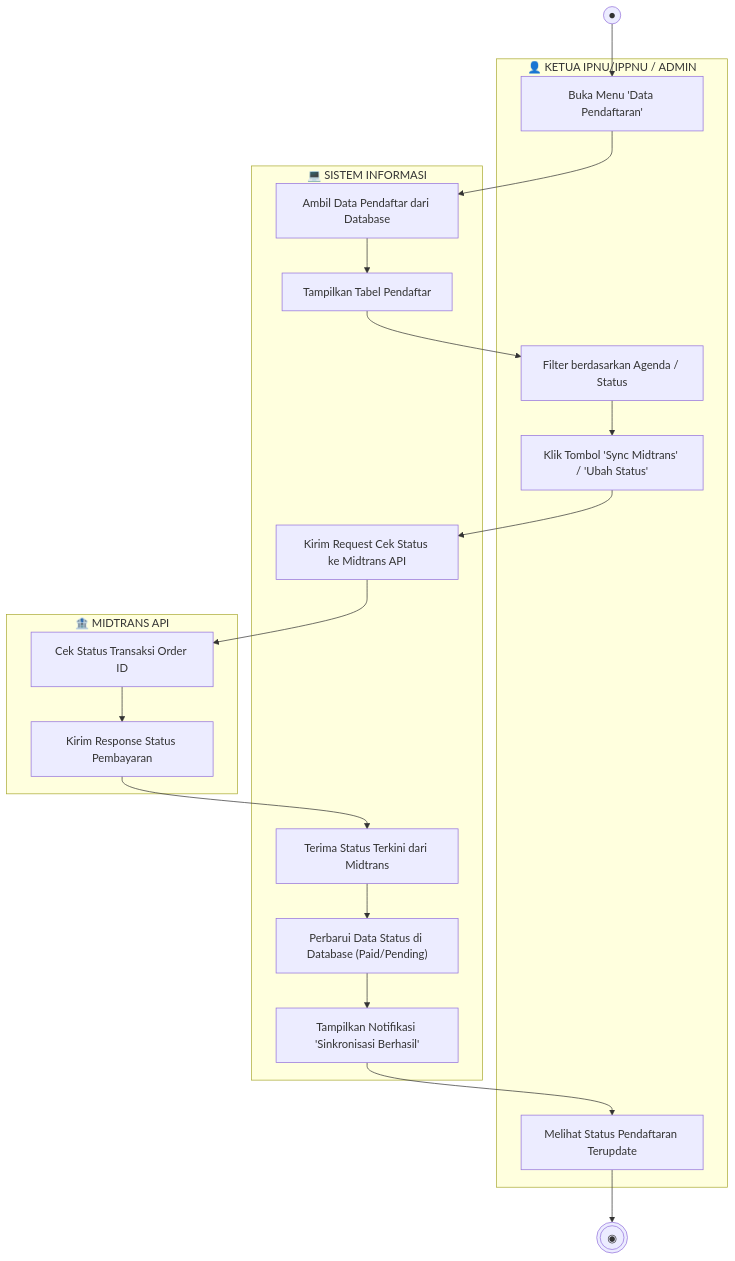
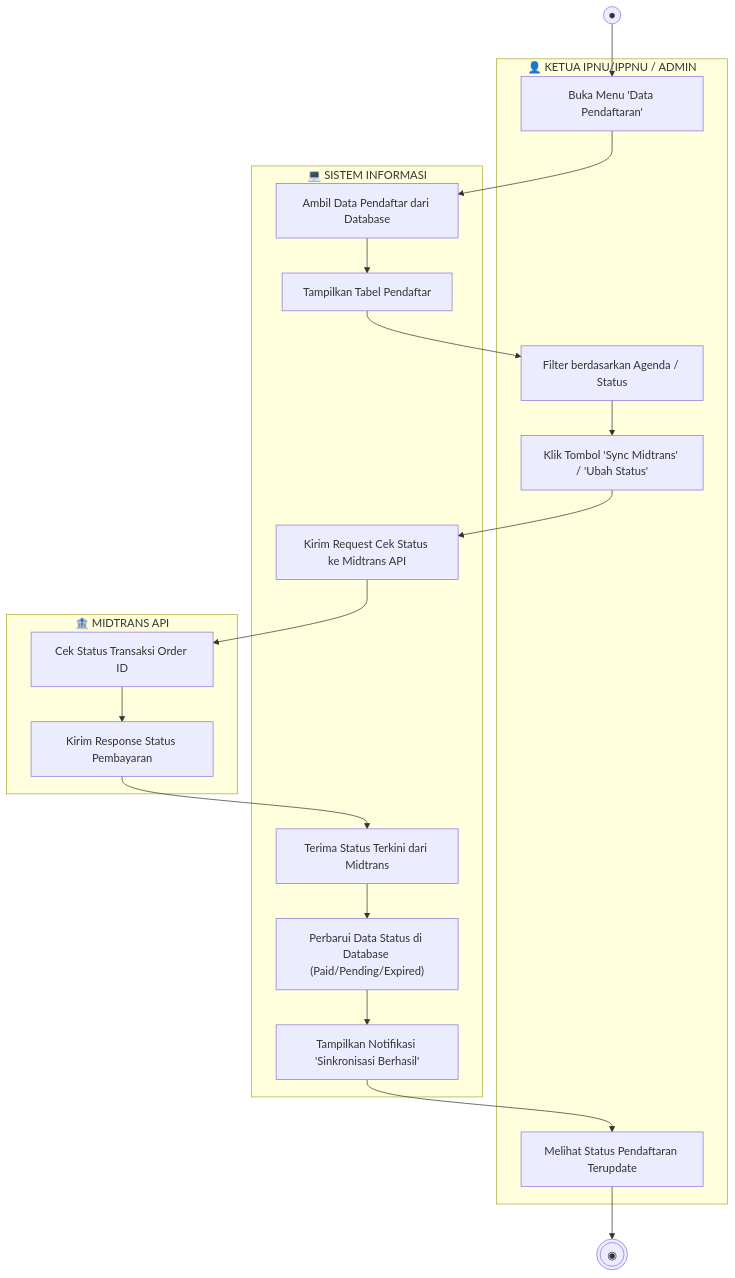
The fifth of 7 diagrams in ACTIVITY_DIAGRAM.md (rizalmhmd/pk-ipnu-ippnu), drawn with Mermaid before and after one commit. The commit also changed other lines of this file and 13 other files, not shown here.

````diff
--- a/ACTIVITY_DIAGRAM.md
+++ b/ACTIVITY_DIAGRAM.md
@@ -173,28 +182,28 @@
 ```mermaid
 flowchart TD
     Start((●))
     EndNode(((◉)))
 
     subgraph KetuaPendaftar["👤 KETUA IPNU/IPPNU / ADMIN"]
         P1["Buka Menu 'Data Pendaftaran'"]
         P2["Filter berdasarkan Agenda / Status"]
         P3["Klik Tombol 'Sync Midtrans' / 'Ubah Status'"]
         P4["Melihat Status Pendaftaran Terupdate"]
     end
 
     subgraph SistemPendaftar["💻 SISTEM INFORMASI"]
         SP1["Ambil Data Pendaftar dari Database"]
         SP2["Tampilkan Tabel Pendaftar"]
         SP3["Kirim Request Cek Status ke Midtrans API"]
         SP4["Terima Status Terkini dari Midtrans"]
-        SP5["Perbarui Data Status di Database (Paid/Pending)"]
+        SP5["Perbarui Data Status di Database (Paid/Pending/Expired)"]
         SP6["Tampilkan Notifikasi 'Sinkronisasi Berhasil'"]
     end
 
     subgraph MidtransAPI["🏦 MIDTRANS API"]
         MP1["Cek Status Transaksi Order ID"]
         MP2["Kirim Response Status Pembayaran"]
     end
 
     Start --> P1 --> SP1 --> SP2 --> P2 --> P3 --> SP3 --> MP1 --> MP2 --> SP4 --> SP5 --> SP6 --> P4 --> EndNode
 ```
````
